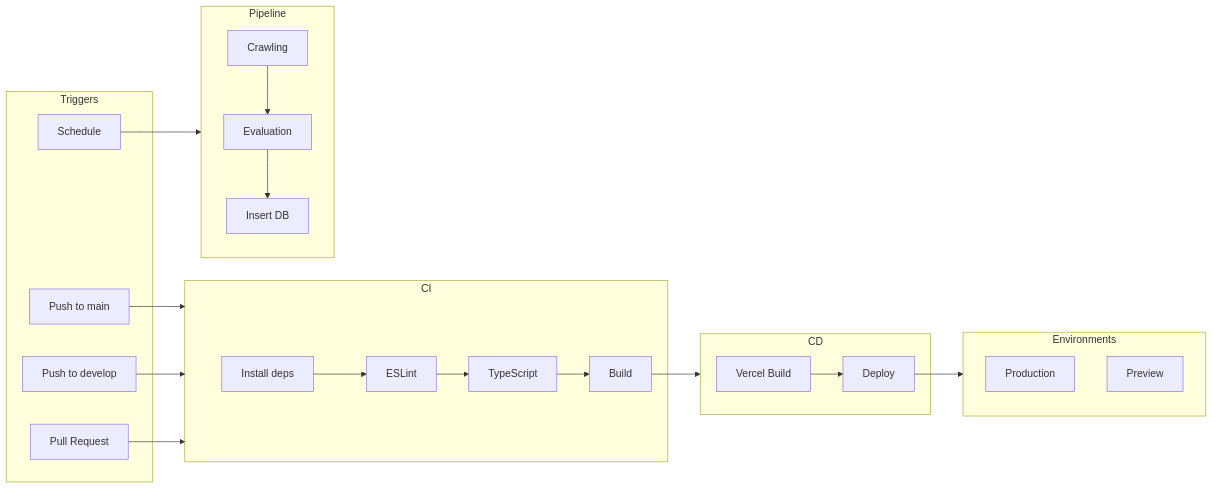
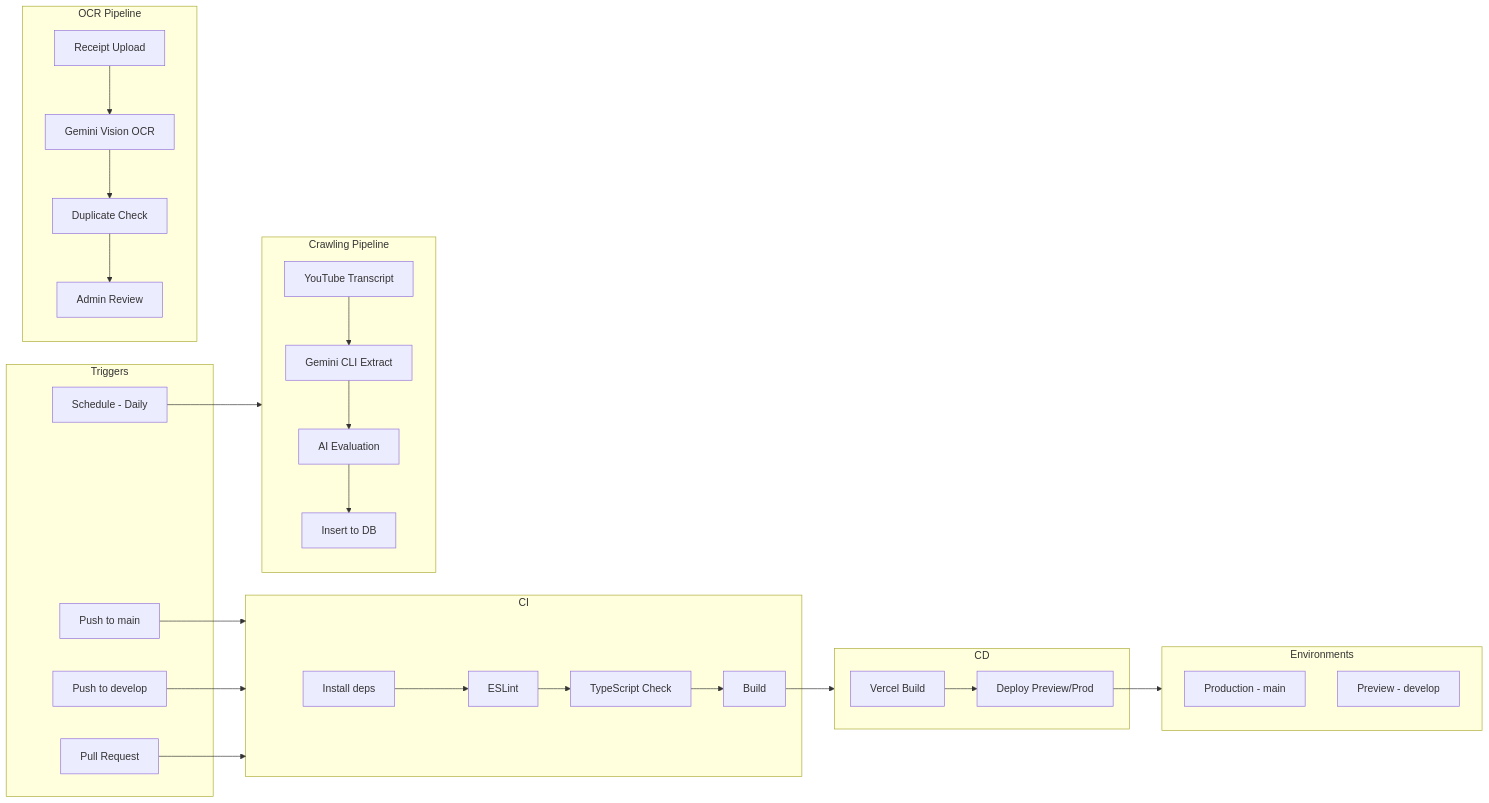
Before and after one commit to twoimo/tzudong: the diagram in .davia/assets/mermaids/cicd-pipeline.mmd, drawn with Mermaid. The commit also changed 13 other files, not shown here.

```diff
--- a/.davia/assets/mermaids/cicd-pipeline.mmd
+++ b/.davia/assets/mermaids/cicd-pipeline.mmd
@@ -1,40 +1,50 @@
 %%{init: {'theme': 'default'}}%%
 
 flowchart LR
     subgraph TRIGGER["Triggers"]
         T1[Push to main]
         T2[Push to develop]
         T3[Pull Request]
-        T4[Schedule]
+        T4[Schedule - Daily]
     end
 
     subgraph CI["CI"]
         C1[Install deps]
         C2[ESLint]
-        C3[TypeScript]
+        C3[TypeScript Check]
         C4[Build]
     end
 
     subgraph CD["CD"]
         D1[Vercel Build]
-        D2[Deploy]
+        D2[Deploy Preview/Prod]
     end
 
     subgraph ENV["Environments"]
-        E1[Production]
-        E2[Preview]
+        E1[Production - main]
+        E2[Preview - develop]
     end
 
-    subgraph PIPE["Pipeline"]
-        P1[Crawling]
-        P2[Evaluation]
-        P3[Insert DB]
+    subgraph CRAWL["Crawling Pipeline"]
+        P1[YouTube Transcript]
+        P2[Gemini CLI Extract]
+        P3[AI Evaluation]
+        P4[Insert to DB]
+    end
+
+    subgraph OCR["OCR Pipeline"]
+        O1[Receipt Upload]
+        O2[Gemini Vision OCR]
+        O3[Duplicate Check]
+        O4[Admin Review]
     end
 
     T1 & T2 & T3 --> CI
     C1 --> C2 --> C3 --> C4
     C4 --> CD
     D1 --> D2 --> ENV
     
-    T4 --> PIPE
-    P1 --> P2 --> P3
+    T4 --> CRAWL
+    P1 --> P2 --> P3 --> P4
+    
+    O1 --> O2 --> O3 --> O4
```
